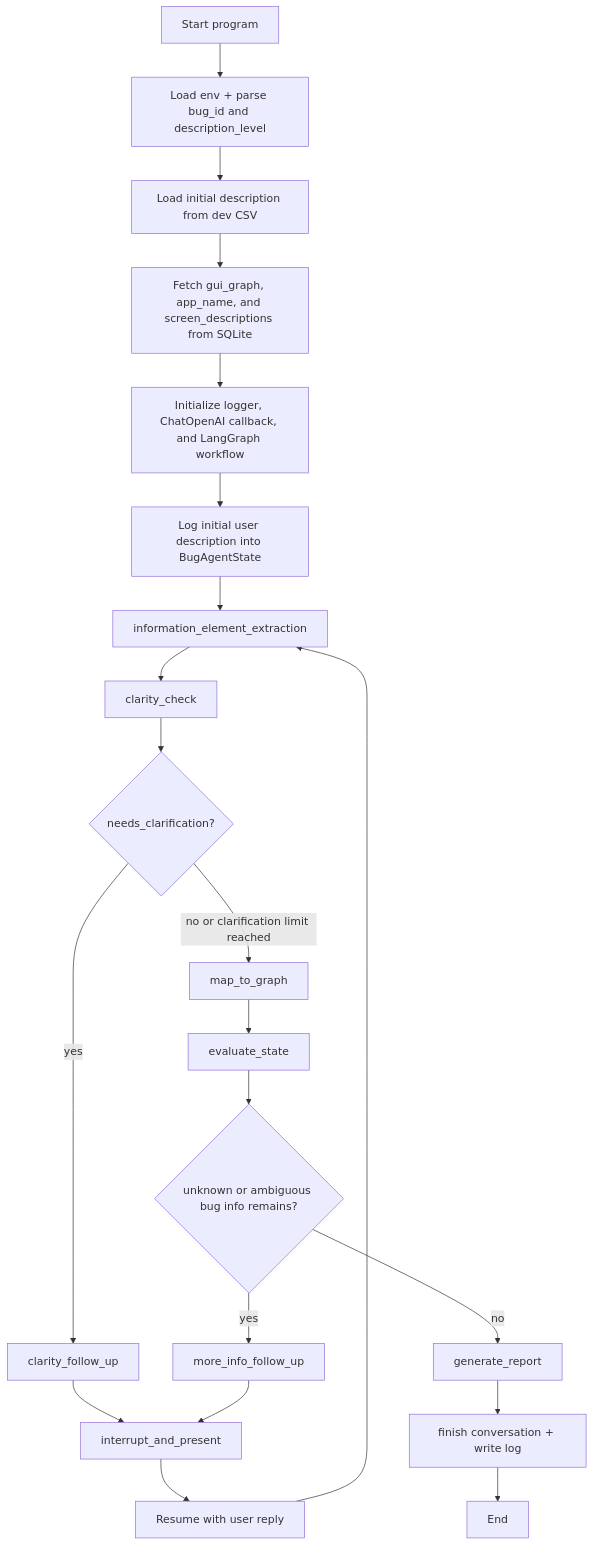
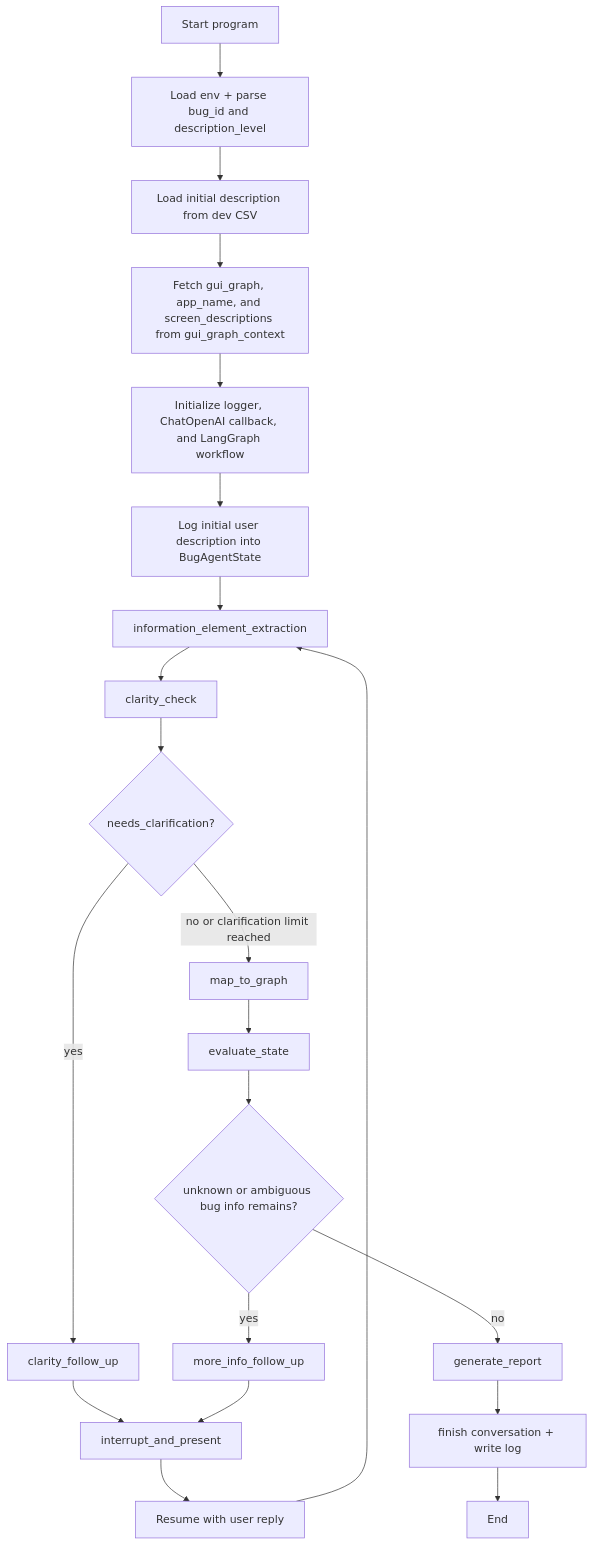
The second of 2 diagrams in ARCHITECTURE.md (sea-lab-wm/agentic_burt), drawn with Mermaid before and after one commit. The commit also changed other lines of this file and 18 other files, not shown here.

````diff
--- a/ARCHITECTURE.md
+++ b/ARCHITECTURE.md
@@ -46,23 +46,23 @@
 ```mermaid
 flowchart TD
     A[Start program] --> B[Load env + parse bug_id and description_level]
     B --> C[Load initial description from dev CSV]
-    C --> D[Fetch gui_graph, app_name, and screen_descriptions from SQLite]
+    C --> D[Fetch gui_graph, app_name, and screen_descriptions from gui_graph_context]
     D --> E[Initialize logger, ChatOpenAI callback, and LangGraph workflow]
     E --> F[Log initial user description into BugAgentState]
     F --> G[information_element_extraction]
     G --> H[clarity_check]
     H --> I{needs_clarification?}
     I -->|yes| J[clarity_follow_up]
     J --> K[interrupt_and_present]
     K --> L[Resume with user reply]
     L --> G
     I -->|no or clarification limit reached| M[map_to_graph]
     M --> N[evaluate_state]
     N --> O{unknown or ambiguous bug info remains?}
     O -->|yes| P[more_info_follow_up]
     P --> K
     O -->|no| Q[generate_report]
     Q --> R[finish conversation + write log]
     R --> S[End]
 ```
````
